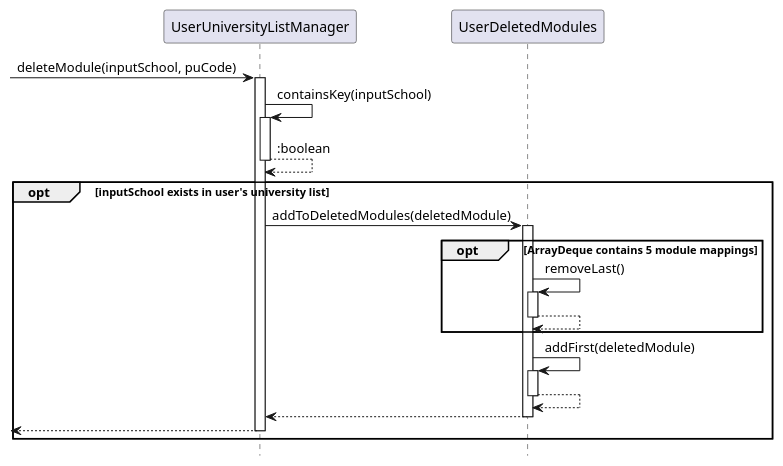
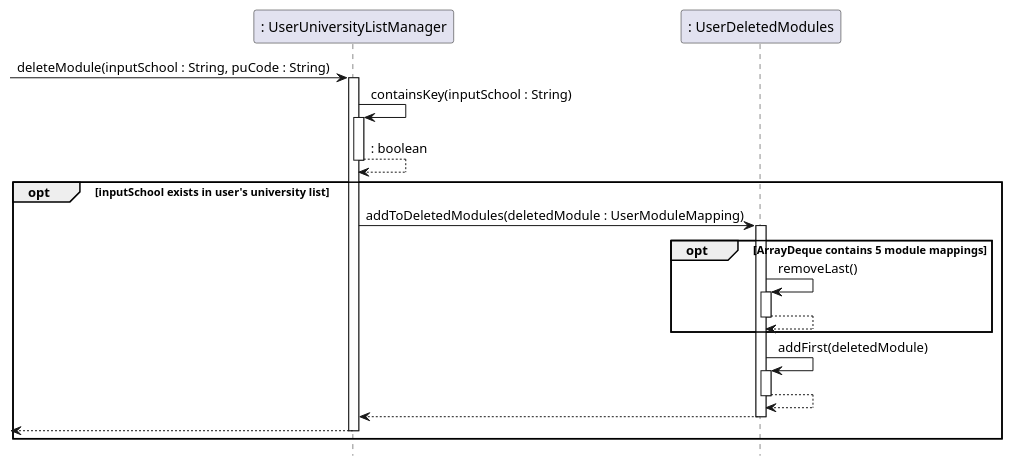
Before and after one commit to nus-cs2113-AY2223S1/tp: the diagram in docs/diagrams/UserDeletedModules_Sequence.puml, drawn with PlantUML. The commit also changed 3 other files, not shown here.

Commit message:
Update DG for sequence diagrams

```diff
--- a/docs/diagrams/UserDeletedModules_Sequence.puml
+++ b/docs/diagrams/UserDeletedModules_Sequence.puml
@@ -1,30 +1,30 @@
 @startuml
 'https://plantuml.com/sequence-diagram
 
 hide footbox
 
--> UserUniversityListManager : deleteModule(inputSchool, puCode)
-activate UserUniversityListManager
-UserUniversityListManager -> UserUniversityListManager : containsKey(inputSchool)
-activate UserUniversityListManager
-UserUniversityListManager --> UserUniversityListManager : :boolean
-deactivate UserUniversityListManager
+-> ": UserUniversityListManager" : deleteModule(inputSchool : String, puCode : String)
+activate ": UserUniversityListManager"
+": UserUniversityListManager" -> ": UserUniversityListManager" : containsKey(inputSchool : String)
+activate ": UserUniversityListManager"
+": UserUniversityListManager" --> ": UserUniversityListManager" : : boolean
+deactivate ": UserUniversityListManager"
 opt inputSchool exists in user's university list
-UserUniversityListManager -> UserDeletedModules : addToDeletedModules(deletedModule)
-activate UserDeletedModules
+": UserUniversityListManager" -> ": UserDeletedModules" : addToDeletedModules(deletedModule : UserModuleMapping)
+activate ": UserDeletedModules"
 opt ArrayDeque contains 5 module mappings
-UserDeletedModules -> UserDeletedModules : removeLast()
-activate UserDeletedModules
-UserDeletedModules --> UserDeletedModules
-deactivate UserDeletedModules
+": UserDeletedModules" -> ": UserDeletedModules" : removeLast()
+activate ": UserDeletedModules"
+": UserDeletedModules" --> ": UserDeletedModules"
+deactivate ": UserDeletedModules"
 end
-UserDeletedModules -> UserDeletedModules : addFirst(deletedModule)
-activate UserDeletedModules
-UserDeletedModules --> UserDeletedModules
-deactivate UserDeletedModules
-UserDeletedModules --> UserUniversityListManager
-deactivate UserDeletedModules
-<-- UserUniversityListManager
-deactivate UserUniversityListManager
+": UserDeletedModules" -> ": UserDeletedModules" : addFirst(deletedModule)
+activate ": UserDeletedModules"
+": UserDeletedModules" --> ": UserDeletedModules"
+deactivate ": UserDeletedModules"
+": UserDeletedModules" --> ": UserUniversityListManager"
+deactivate ": UserDeletedModules"
+<-- ": UserUniversityListManager"
+deactivate ": UserUniversityListManager"
 end
 @enduml
```
